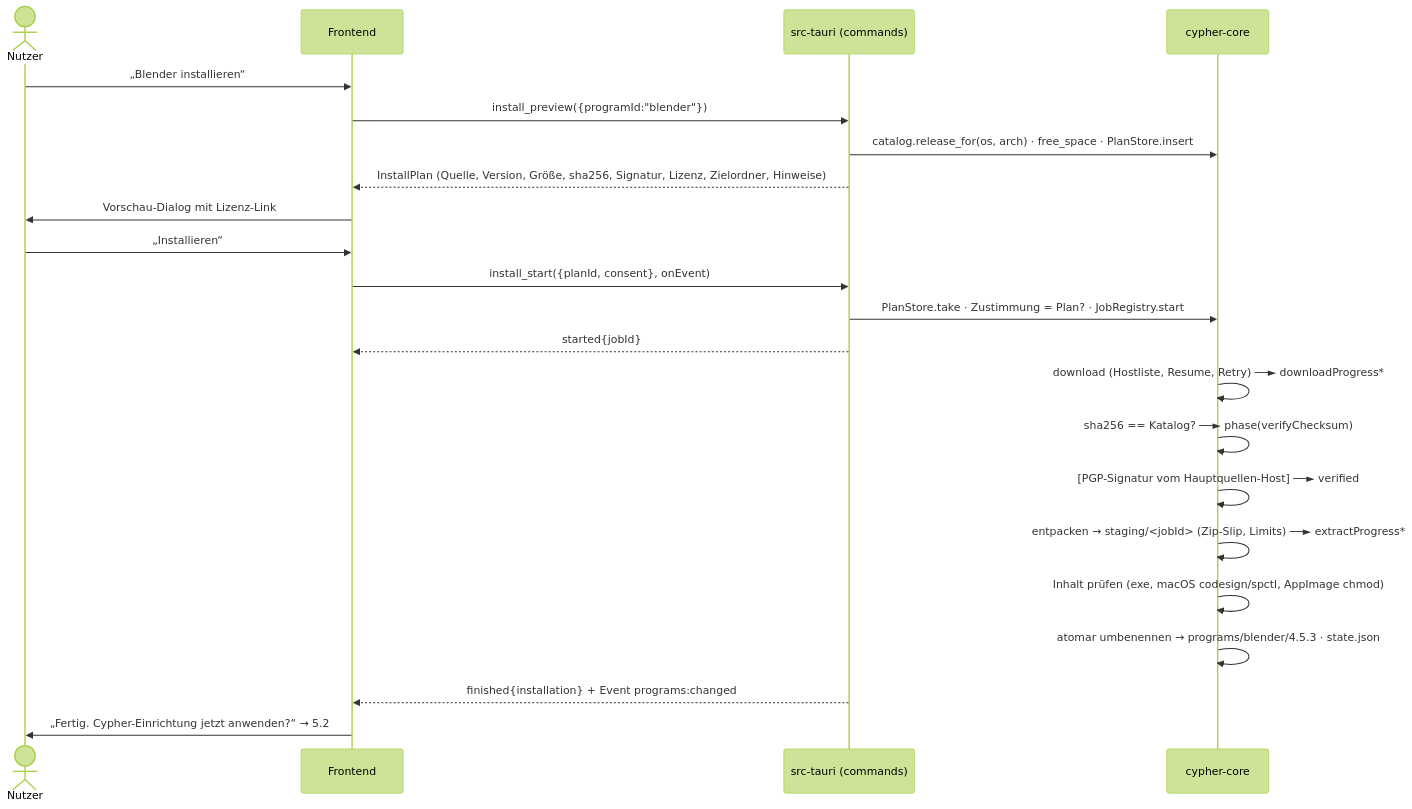
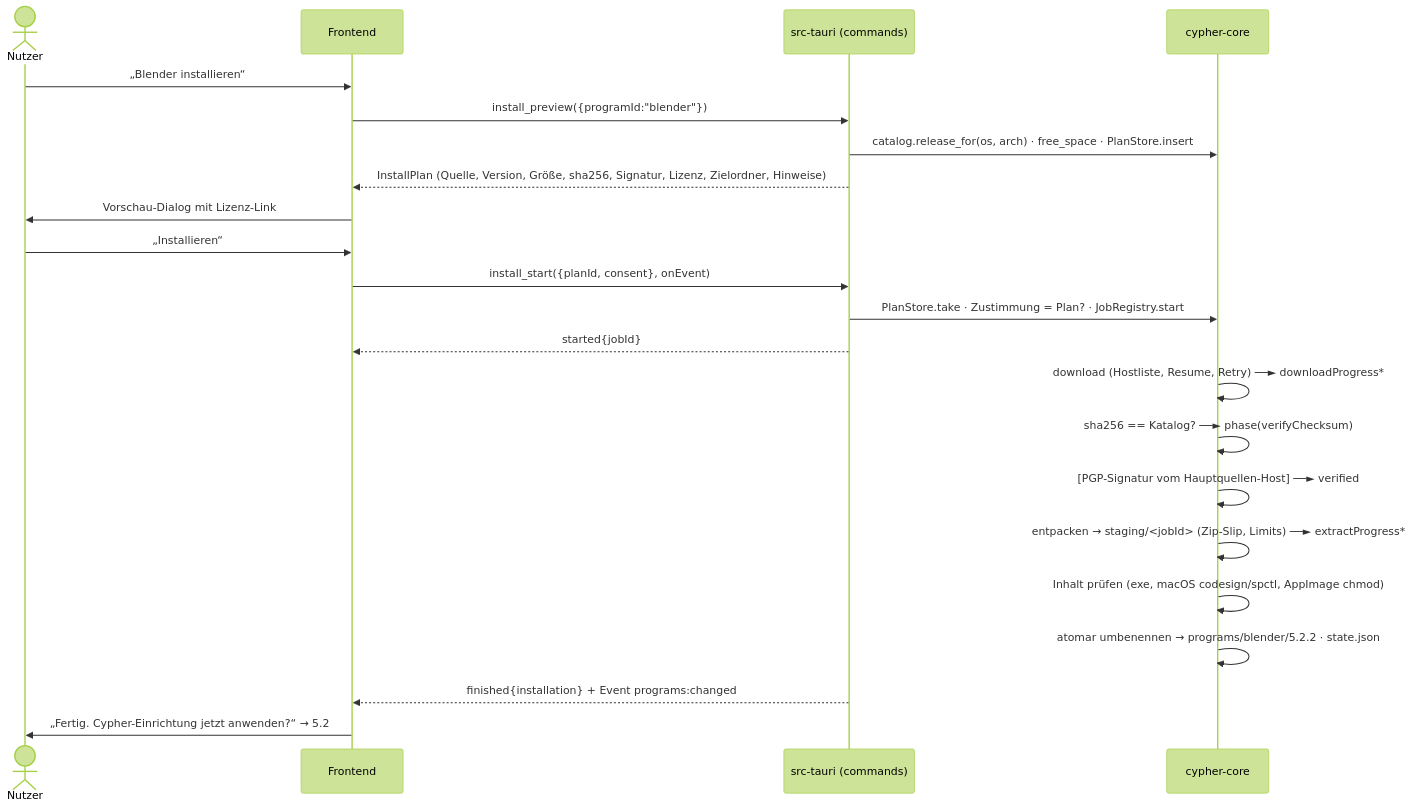
The first of 5 diagrams in docs/ARCHITEKTUR.md (rouvenwieland/cypher-studio), drawn with Mermaid (forest theme) before and after one commit. The commit also changed other lines of this file and 5 other files, not shown here.

````diff
--- a/docs/ARCHITEKTUR.md
+++ b/docs/ARCHITEKTUR.md
@@ -1346,24 +1560,24 @@
 ```mermaid
 sequenceDiagram
     actor N as Nutzer
     participant F as Frontend
     participant T as src-tauri (commands)
     participant K as cypher-core
     N->>F: „Blender installieren“
     F->>T: install_preview({programId:"blender"})
     T->>K: catalog.release_for(os, arch) · free_space · PlanStore.insert
     T-->>F: InstallPlan (Quelle, Version, Größe, sha256, Signatur, Lizenz, Zielordner, Hinweise)
     F->>N: Vorschau-Dialog mit Lizenz-Link
     N->>F: „Installieren“
     F->>T: install_start({planId, consent}, onEvent)
     T->>K: PlanStore.take · Zustimmung = Plan? · JobRegistry.start
     T-->>F: started{jobId}
     K->>K: download (Hostliste, Resume, Retry)  ──► downloadProgress*
     K->>K: sha256 == Katalog?  ──► phase(verifyChecksum)
     K->>K: [PGP-Signatur vom Hauptquellen-Host]  ──► verified
     K->>K: entpacken → staging/<jobId> (Zip-Slip, Limits)  ──► extractProgress*
     K->>K: Inhalt prüfen (exe, macOS codesign/spctl, AppImage chmod)
-    K->>K: atomar umbenennen → programs/blender/4.5.3 · state.json
+    K->>K: atomar umbenennen → programs/blender/5.2.2 · state.json
     T-->>F: finished{installation}  + Event programs:changed
     F->>N: „Fertig. Cypher-Einrichtung jetzt anwenden?“ → 5.2
 ```
````
